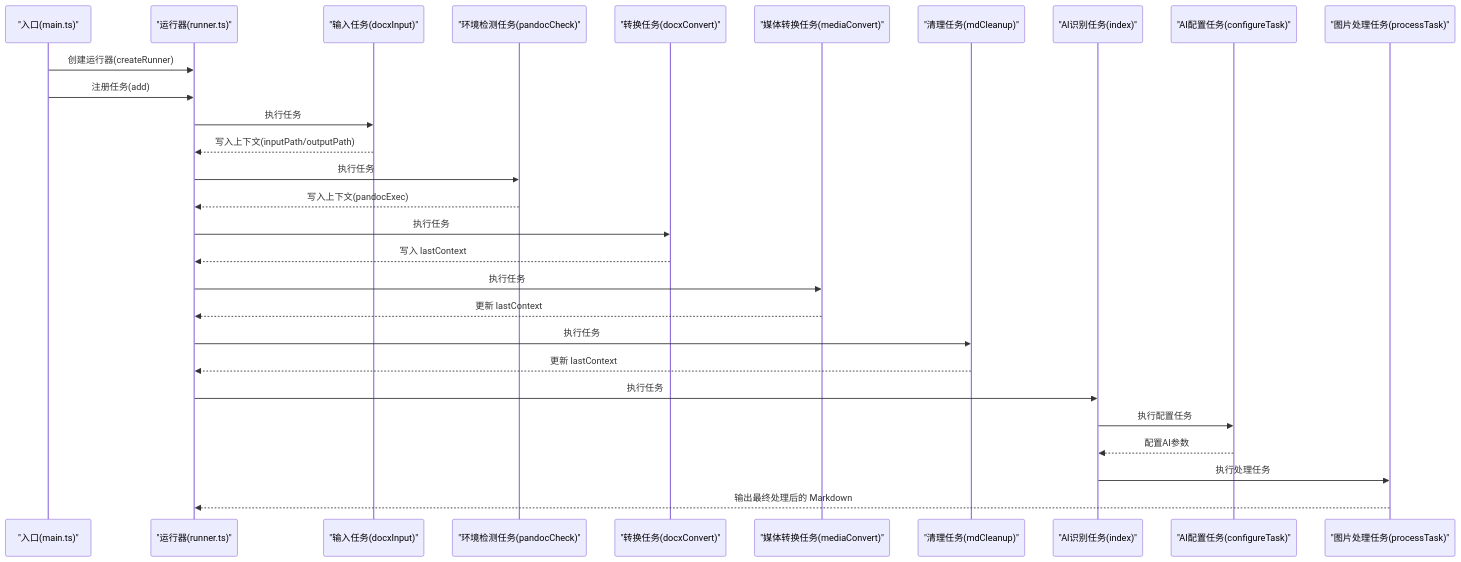
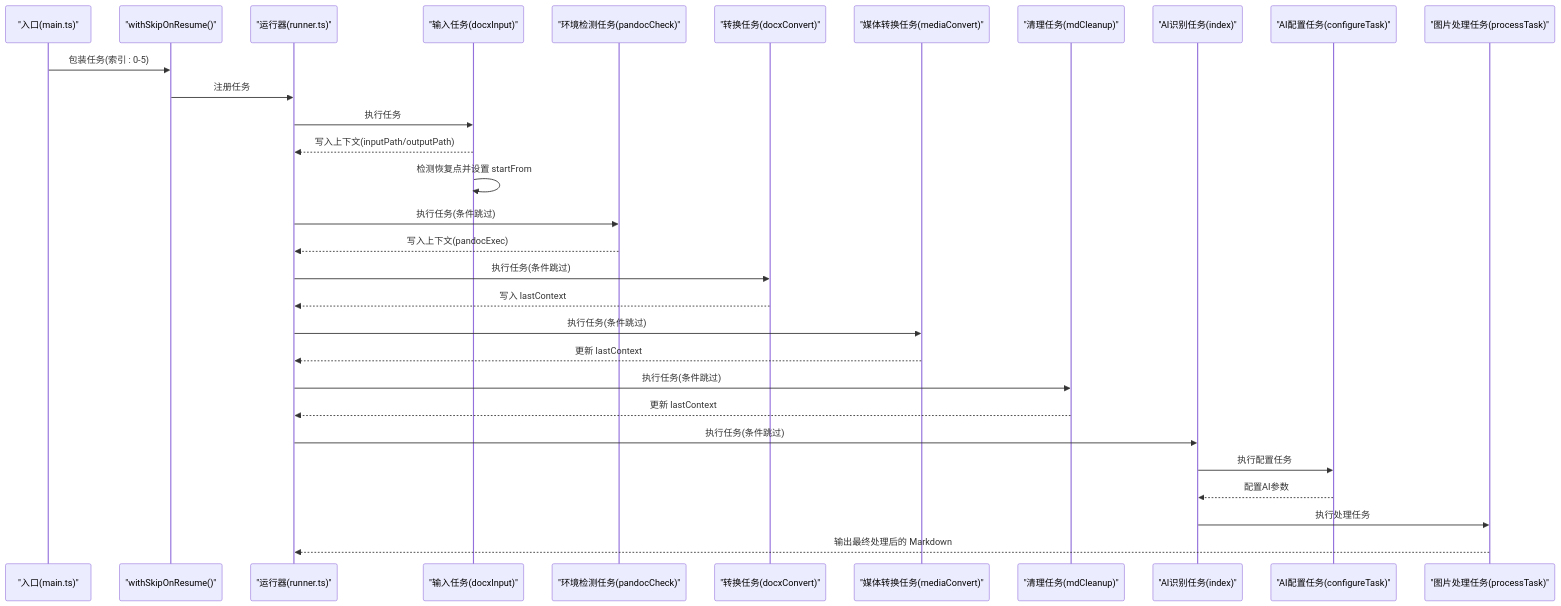
One commit to hllshiro/doc2md-cli changed the second of 4 diagrams in .qoder/repowiki/zh/content/核心架构设计/任务系统架构.md. Above: the diagram before and after it, drawn with Mermaid. The commit also changed other lines of this file and 3 other files, not shown here.

````diff
--- a/.qoder/repowiki/zh/content/核心架构设计/任务系统架构.md
+++ b/.qoder/repowiki/zh/content/核心架构设计/任务系统架构.md
@@ -125,30 +131,32 @@
 ```mermaid
 sequenceDiagram
 participant Entry as "入口(main.ts)"
+participant Skip as "withSkipOnResume()"
 participant Runner as "运行器(runner.ts)"
 participant T1 as "输入任务(docxInput)"
 participant T2 as "环境检测任务(pandocCheck)"
 participant T3 as "转换任务(docxConvert)"
 participant T4 as "媒体转换任务(mediaConvert)"
 participant T5 as "清理任务(mdCleanup)"
 participant T6 as "AI识别任务(index)"
 participant T6a as "AI配置任务(configureTask)"
 participant T6b as "图片处理任务(processTask)"
-Entry->>Runner : 创建运行器(createRunner)
-Entry->>Runner : 注册任务(add)
+Entry->>Skip : 包装任务(索引 : 0-5)
+Skip->>Runner : 注册任务
 Runner->>T1 : 执行任务
 T1-->>Runner : 写入上下文(inputPath/outputPath)
-Runner->>T2 : 执行任务
+T1->>T1 : 检测恢复点并设置 startFrom
+Runner->>T2 : 执行任务(条件跳过)
 T2-->>Runner : 写入上下文(pandocExec)
-Runner->>T3 : 执行任务
+Runner->>T3 : 执行任务(条件跳过)
 T3-->>Runner : 写入 lastContext
-Runner->>T4 : 执行任务
+Runner->>T4 : 执行任务(条件跳过)
 T4-->>Runner : 更新 lastContext
-Runner->>T5 : 执行任务
+Runner->>T5 : 执行任务(条件跳过)
 T5-->>Runner : 更新 lastContext
-Runner->>T6 : 执行任务
+Runner->>T6 : 执行任务(条件跳过)
 T6->>T6a : 执行配置任务
 T6a-->>T6 : 配置AI参数
 T6->>T6b : 执行处理任务
 T6b-->>Runner : 输出最终处理后的 Markdown
 ```
````
